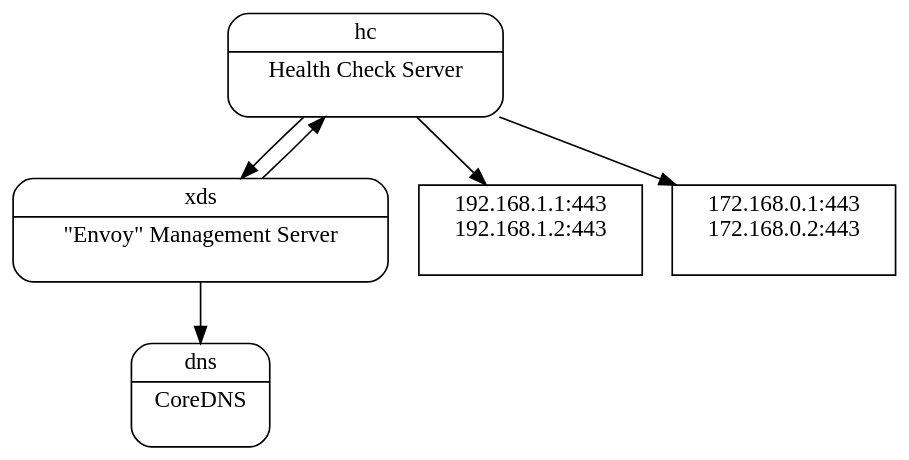
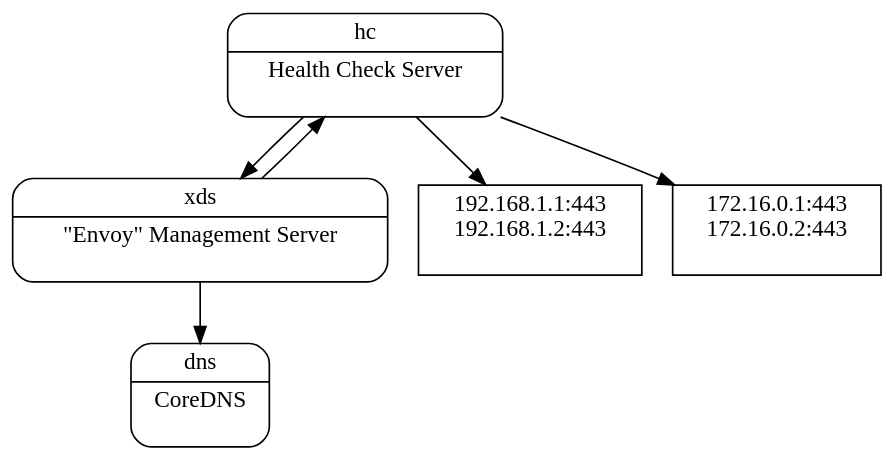
Before and after one commit to miekg/kubeadam: the diagram in xds-overview.dot, drawn with Graphviz.

Commit message:
change range

```diff
--- a/xds-overview.dot
+++ b/xds-overview.dot
@@ -1,28 +1,28 @@
 digraph xds_overview {
     bgcolor="transparent"
     subgraph sub_web_us {
         label="web US";
         node[shape=record]
         web_us [label="<f0> 192.168.1.1:443\n192.168.1.2:443\n\n"];
     }
     subgraph sub_web_eu {
         label="web EU";
         node[shape=record]
-        web_eu [label="<f0> 172.168.0.1:443\n172.168.0.2:443\n\n"];
+        web_eu [label="<f0> 172.16.0.1:443\n172.16.0.2:443\n\n"];
     }
     subgraph sub_xds {
         xds [label="{<f0> xds|<f1> \"Envoy\" Management Server\n\n}" shape=Mrecord];
     }
     subgraph sub_hc {
         hc [label="{<f0> hc|<f1> Health Check Server\n\n}" shape=Mrecord];
     }
     subgraph sub_coredns {
         coredns [label="{<f0> dns|<f1> CoreDNS\n\n}" shape=Mrecord];
     }
     {rank=same; web_us, web_eu}
 
     hc -> xds
     xds -> hc
     xds -> coredns
     hc -> web_eu, web_us
 }
```
